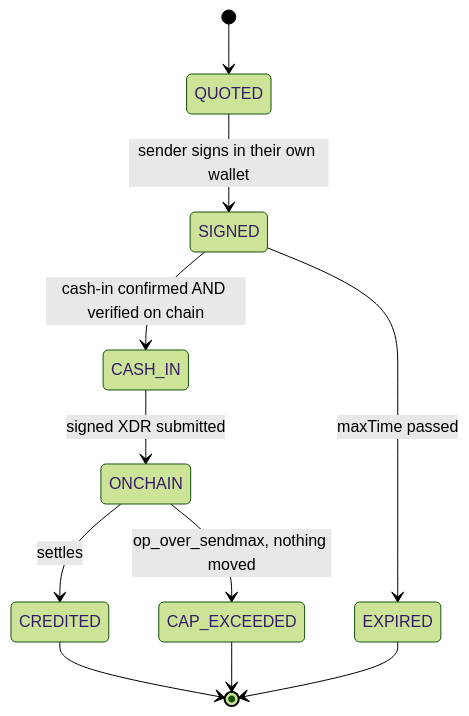
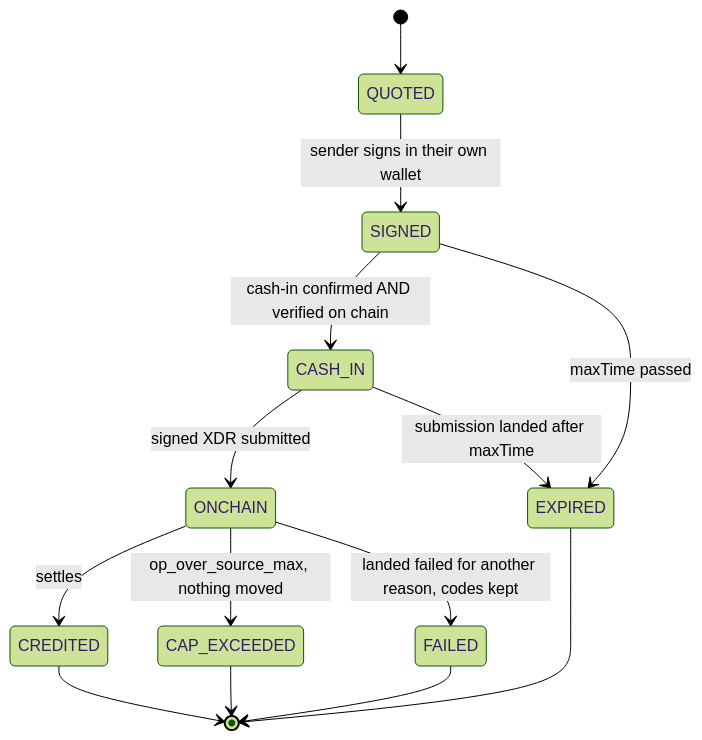
One commit to yigitcangokmen/corramoney changed the diagram in docs/ledger.md. Above: the diagram before and after it, drawn with Mermaid (forest theme). The commit also changed other lines of this file and 9 other files, not shown here.

````diff
--- a/docs/ledger.md
+++ b/docs/ledger.md
@@ -69,13 +70,16 @@
 ```mermaid
 stateDiagram-v2
     [*] --> QUOTED
     QUOTED --> SIGNED: sender signs in their own wallet
     SIGNED --> CASH_IN: cash-in confirmed AND verified on chain
     SIGNED --> EXPIRED: maxTime passed
     CASH_IN --> ONCHAIN: signed XDR submitted
+    CASH_IN --> EXPIRED: submission landed after maxTime
     ONCHAIN --> CREDITED: settles
-    ONCHAIN --> CAP_EXCEEDED: op_over_sendmax, nothing moved
+    ONCHAIN --> CAP_EXCEEDED: op_over_source_max, nothing moved
+    ONCHAIN --> FAILED: landed failed for another reason, codes kept
     CREDITED --> [*]
     EXPIRED --> [*]
     CAP_EXCEEDED --> [*]
+    FAILED --> [*]
 ```
````
